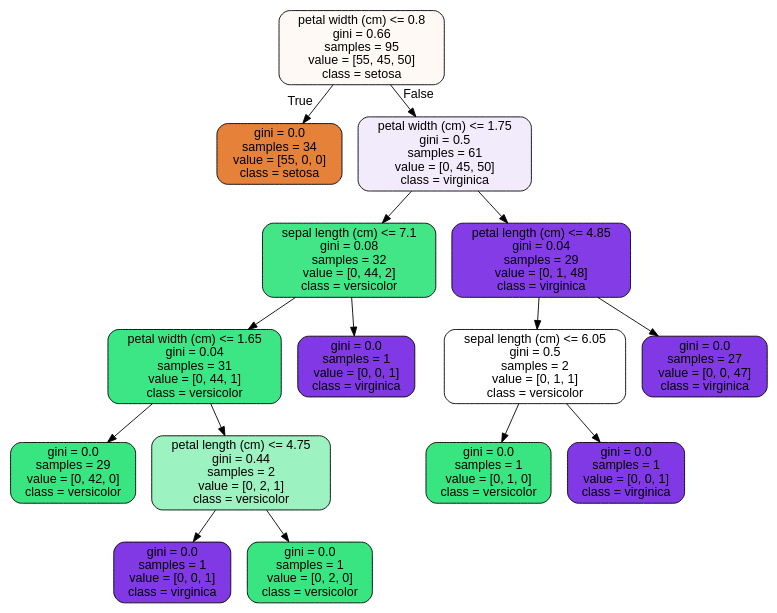
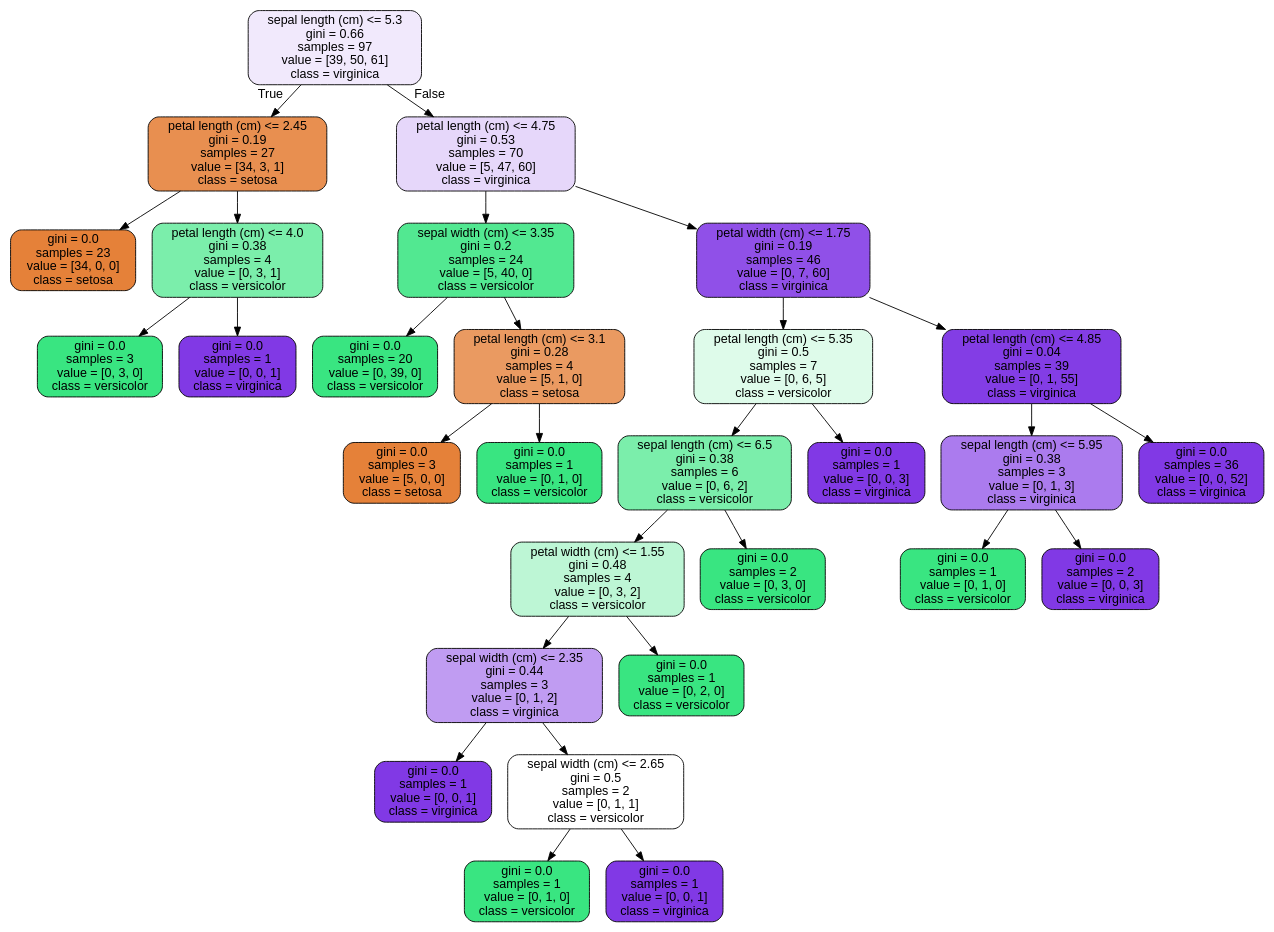
Before and after one commit to azarbarzin/Springboard: the diagram in 14/RandomForest/tree.dot, drawn with Graphviz. The commit also changed 2 other files, not shown here.

```diff
--- a/14/RandomForest/tree.dot
+++ b/14/RandomForest/tree.dot
@@ -1,33 +1,61 @@
 digraph Tree {
 node [shape=box, style="filled, rounded", color="black", fontname=helvetica] ;
 edge [fontname=helvetica] ;
-0 [label="petal width (cm) <= 0.8\ngini = 0.66\nsamples = 95\nvalue = [55, 45, 50]\nclass = setosa", fillcolor="#fef9f5"] ;
-1 [label="gini = 0.0\nsamples = 34\nvalue = [55, 0, 0]\nclass = setosa", fillcolor="#e58139"] ;
+0 [label="sepal length (cm) <= 5.3\ngini = 0.66\nsamples = 97\nvalue = [39, 50, 61]\nclass = virginica", fillcolor="#f1e9fc"] ;
+1 [label="petal length (cm) <= 2.45\ngini = 0.19\nsamples = 27\nvalue = [34, 3, 1]\nclass = setosa", fillcolor="#e88f50"] ;
 0 -> 1 [labeldistance=2.5, labelangle=45, headlabel="True"] ;
-2 [label="petal width (cm) <= 1.75\ngini = 0.5\nsamples = 61\nvalue = [0, 45, 50]\nclass = virginica", fillcolor="#f2ebfc"] ;
-0 -> 2 [labeldistance=2.5, labelangle=-45, headlabel="False"] ;
-3 [label="sepal length (cm) <= 7.1\ngini = 0.08\nsamples = 32\nvalue = [0, 44, 2]\nclass = versicolor", fillcolor="#42e687"] ;
-2 -> 3 ;
-4 [label="petal width (cm) <= 1.65\ngini = 0.04\nsamples = 31\nvalue = [0, 44, 1]\nclass = versicolor", fillcolor="#3de684"] ;
+2 [label="gini = 0.0\nsamples = 23\nvalue = [34, 0, 0]\nclass = setosa", fillcolor="#e58139"] ;
+1 -> 2 ;
+3 [label="petal length (cm) <= 4.0\ngini = 0.38\nsamples = 4\nvalue = [0, 3, 1]\nclass = versicolor", fillcolor="#7beeab"] ;
+1 -> 3 ;
+4 [label="gini = 0.0\nsamples = 3\nvalue = [0, 3, 0]\nclass = versicolor", fillcolor="#39e581"] ;
 3 -> 4 ;
-5 [label="gini = 0.0\nsamples = 29\nvalue = [0, 42, 0]\nclass = versicolor", fillcolor="#39e581"] ;
-4 -> 5 ;
-6 [label="petal length (cm) <= 4.75\ngini = 0.44\nsamples = 2\nvalue = [0, 2, 1]\nclass = versicolor", fillcolor="#9cf2c0"] ;
-4 -> 6 ;
-7 [label="gini = 0.0\nsamples = 1\nvalue = [0, 0, 1]\nclass = virginica", fillcolor="#8139e5"] ;
+5 [label="gini = 0.0\nsamples = 1\nvalue = [0, 0, 1]\nclass = virginica", fillcolor="#8139e5"] ;
+3 -> 5 ;
+6 [label="petal length (cm) <= 4.75\ngini = 0.53\nsamples = 70\nvalue = [5, 47, 60]\nclass = virginica", fillcolor="#e6d7fa"] ;
+0 -> 6 [labeldistance=2.5, labelangle=-45, headlabel="False"] ;
+7 [label="sepal width (cm) <= 3.35\ngini = 0.2\nsamples = 24\nvalue = [5, 40, 0]\nclass = versicolor", fillcolor="#52e891"] ;
 6 -> 7 ;
-8 [label="gini = 0.0\nsamples = 1\nvalue = [0, 2, 0]\nclass = versicolor", fillcolor="#39e581"] ;
-6 -> 8 ;
-9 [label="gini = 0.0\nsamples = 1\nvalue = [0, 0, 1]\nclass = virginica", fillcolor="#8139e5"] ;
-3 -> 9 ;
-10 [label="petal length (cm) <= 4.85\ngini = 0.04\nsamples = 29\nvalue = [0, 1, 48]\nclass = virginica", fillcolor="#843de6"] ;
-2 -> 10 ;
-11 [label="sepal length (cm) <= 6.05\ngini = 0.5\nsamples = 2\nvalue = [0, 1, 1]\nclass = versicolor", fillcolor="#ffffff"] ;
-10 -> 11 ;
-12 [label="gini = 0.0\nsamples = 1\nvalue = [0, 1, 0]\nclass = versicolor", fillcolor="#39e581"] ;
-11 -> 12 ;
-13 [label="gini = 0.0\nsamples = 1\nvalue = [0, 0, 1]\nclass = virginica", fillcolor="#8139e5"] ;
-11 -> 13 ;
-14 [label="gini = 0.0\nsamples = 27\nvalue = [0, 0, 47]\nclass = virginica", fillcolor="#8139e5"] ;
-10 -> 14 ;
+8 [label="gini = 0.0\nsamples = 20\nvalue = [0, 39, 0]\nclass = versicolor", fillcolor="#39e581"] ;
+7 -> 8 ;
+9 [label="petal length (cm) <= 3.1\ngini = 0.28\nsamples = 4\nvalue = [5, 1, 0]\nclass = setosa", fillcolor="#ea9a61"] ;
+7 -> 9 ;
+10 [label="gini = 0.0\nsamples = 3\nvalue = [5, 0, 0]\nclass = setosa", fillcolor="#e58139"] ;
+9 -> 10 ;
+11 [label="gini = 0.0\nsamples = 1\nvalue = [0, 1, 0]\nclass = versicolor", fillcolor="#39e581"] ;
+9 -> 11 ;
+12 [label="petal width (cm) <= 1.75\ngini = 0.19\nsamples = 46\nvalue = [0, 7, 60]\nclass = virginica", fillcolor="#9050e8"] ;
+6 -> 12 ;
+13 [label="petal length (cm) <= 5.35\ngini = 0.5\nsamples = 7\nvalue = [0, 6, 5]\nclass = versicolor", fillcolor="#defbea"] ;
+12 -> 13 ;
+14 [label="sepal length (cm) <= 6.5\ngini = 0.38\nsamples = 6\nvalue = [0, 6, 2]\nclass = versicolor", fillcolor="#7beeab"] ;
+13 -> 14 ;
+15 [label="petal width (cm) <= 1.55\ngini = 0.48\nsamples = 4\nvalue = [0, 3, 2]\nclass = versicolor", fillcolor="#bdf6d5"] ;
+14 -> 15 ;
+16 [label="sepal width (cm) <= 2.35\ngini = 0.44\nsamples = 3\nvalue = [0, 1, 2]\nclass = virginica", fillcolor="#c09cf2"] ;
+15 -> 16 ;
+17 [label="gini = 0.0\nsamples = 1\nvalue = [0, 0, 1]\nclass = virginica", fillcolor="#8139e5"] ;
+16 -> 17 ;
+18 [label="sepal width (cm) <= 2.65\ngini = 0.5\nsamples = 2\nvalue = [0, 1, 1]\nclass = versicolor", fillcolor="#ffffff"] ;
+16 -> 18 ;
+19 [label="gini = 0.0\nsamples = 1\nvalue = [0, 1, 0]\nclass = versicolor", fillcolor="#39e581"] ;
+18 -> 19 ;
+20 [label="gini = 0.0\nsamples = 1\nvalue = [0, 0, 1]\nclass = virginica", fillcolor="#8139e5"] ;
+18 -> 20 ;
+21 [label="gini = 0.0\nsamples = 1\nvalue = [0, 2, 0]\nclass = versicolor", fillcolor="#39e581"] ;
+15 -> 21 ;
+22 [label="gini = 0.0\nsamples = 2\nvalue = [0, 3, 0]\nclass = versicolor", fillcolor="#39e581"] ;
+14 -> 22 ;
+23 [label="gini = 0.0\nsamples = 1\nvalue = [0, 0, 3]\nclass = virginica", fillcolor="#8139e5"] ;
+13 -> 23 ;
+24 [label="petal length (cm) <= 4.85\ngini = 0.04\nsamples = 39\nvalue = [0, 1, 55]\nclass = virginica", fillcolor="#833de5"] ;
+12 -> 24 ;
+25 [label="sepal length (cm) <= 5.95\ngini = 0.38\nsamples = 3\nvalue = [0, 1, 3]\nclass = virginica", fillcolor="#ab7bee"] ;
+24 -> 25 ;
+26 [label="gini = 0.0\nsamples = 1\nvalue = [0, 1, 0]\nclass = versicolor", fillcolor="#39e581"] ;
+25 -> 26 ;
+27 [label="gini = 0.0\nsamples = 2\nvalue = [0, 0, 3]\nclass = virginica", fillcolor="#8139e5"] ;
+25 -> 27 ;
+28 [label="gini = 0.0\nsamples = 36\nvalue = [0, 0, 52]\nclass = virginica", fillcolor="#8139e5"] ;
+24 -> 28 ;
 }
```
